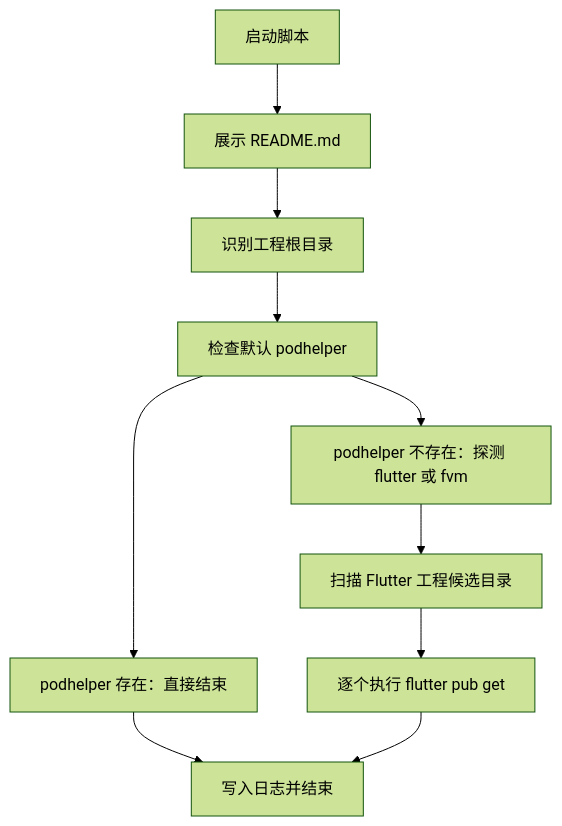
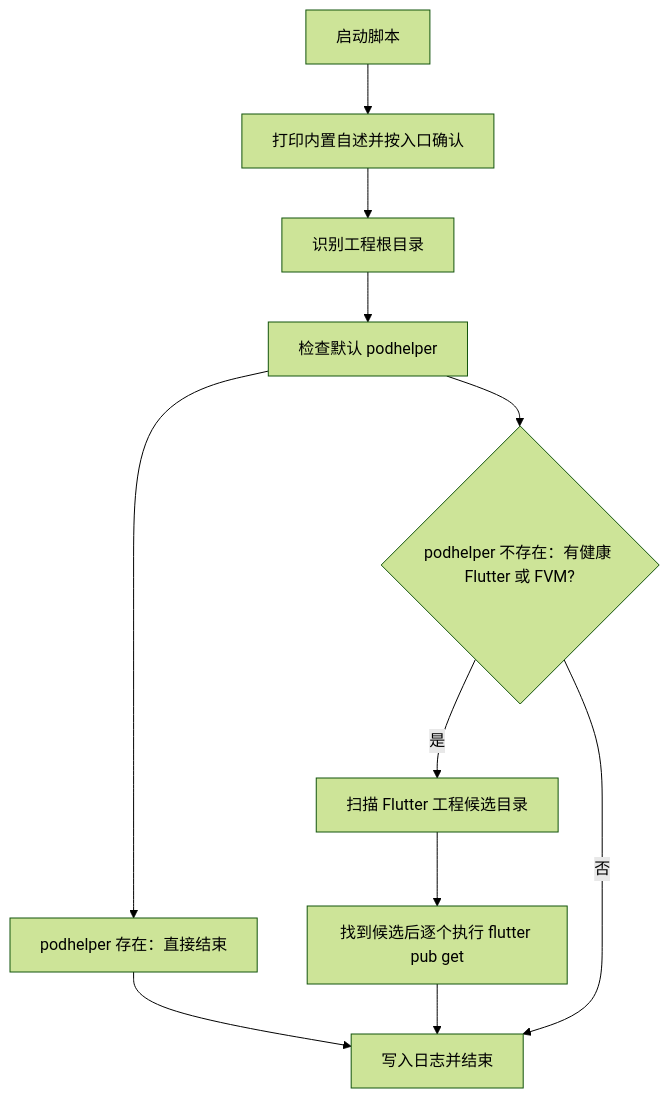
Before and after one commit to JobsKits/JobsSwiftBaseConfigDemo: the diagram in ScriptsByPods/拉取Flutter侧三方资源.sh/README.md, drawn with Mermaid (forest theme). The commit also changed other lines of this file and 53 other files, not shown here.

````diff
--- a/ScriptsByPods/拉取Flutter侧三方资源.sh/README.md
+++ b/ScriptsByPods/拉取Flutter侧三方资源.sh/README.md
@@ -55,12 +58,13 @@
   ```mermaid
   flowchart TD
-    A["启动脚本"] --> B["展示 README.md"]
+    A["启动脚本"] --> B["打印内置自述并按入口确认"]
     B --> C["识别工程根目录"]
     C --> D["检查默认 podhelper"]
     D --> D1["podhelper 存在：直接结束"]
-    D --> D2["podhelper 不存在：探测 flutter 或 fvm"]
-    D2 --> E["扫描 Flutter 工程候选目录"]
-    E --> F["逐个执行 flutter pub get"]
+    D --> D2{"podhelper 不存在：有健康 Flutter 或 FVM?"}
+    D2 -->|是| E["扫描 Flutter 工程候选目录"]
+    D2 -->|否| Z
+    E --> F["找到候选后逐个执行 flutter pub get"]
     D1 --> Z["写入日志并结束"]
     F --> Z
   ```
````
